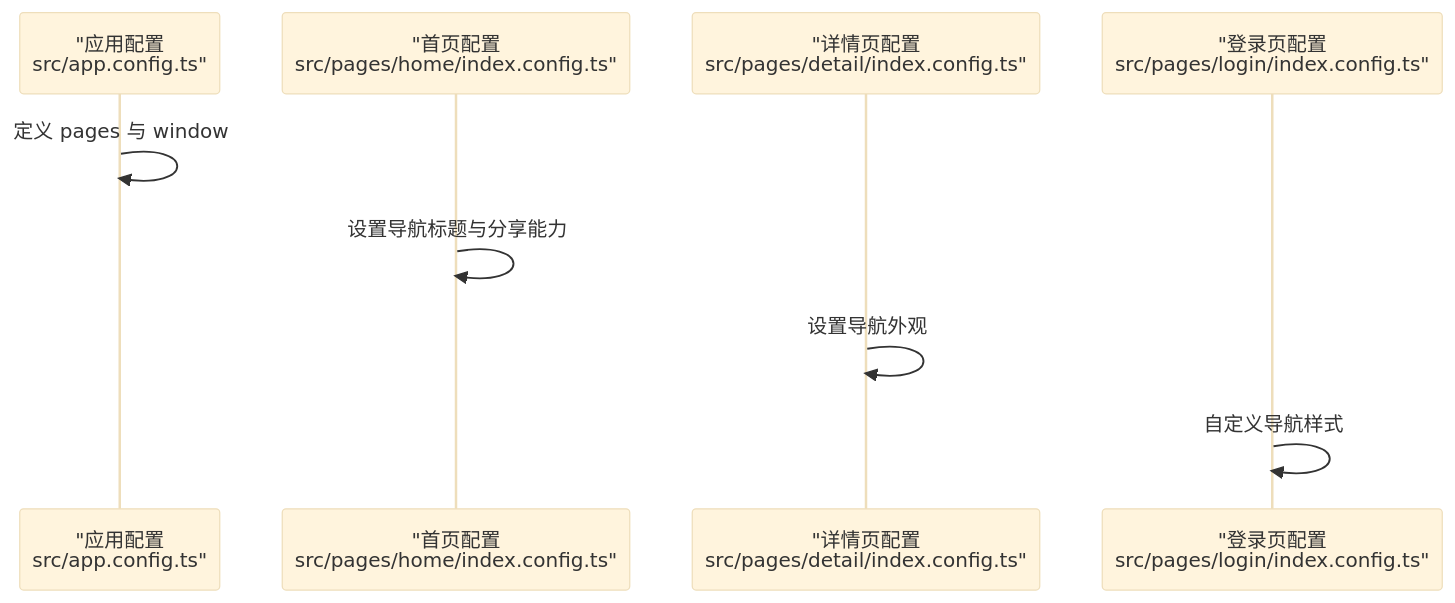
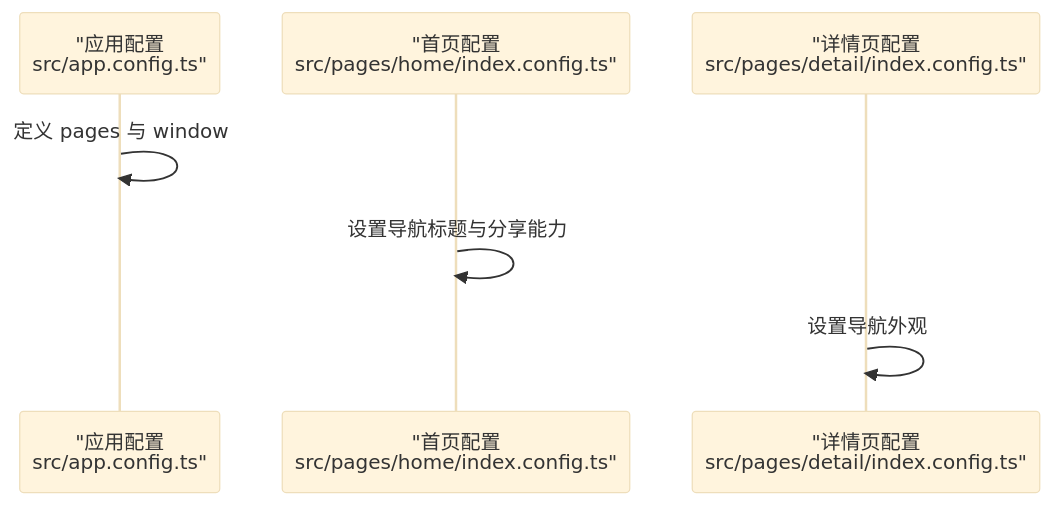
The ninth of 10 diagrams in .qoder/repowiki/zh/content/架构设计/构建配置系统.md (zuolinbao/redbook), drawn with Mermaid (base theme) before and after one commit. The commit also changed other lines of this file and 8 other files, not shown here.

Commit message:
feat: 新增Icon组件，SliderVerify使用SVG图标替代emoji

````diff
--- a/.qoder/repowiki/zh/content/架构设计/构建配置系统.md
+++ b/.qoder/repowiki/zh/content/架构设计/构建配置系统.md
@@ -223,11 +281,9 @@
 ```mermaid
 sequenceDiagram
 participant App as "应用配置<br/>src/app.config.ts"
 participant PageHome as "首页配置<br/>src/pages/home/index.config.ts"
 participant PageDetail as "详情页配置<br/>src/pages/detail/index.config.ts"
-participant PageLogin as "登录页配置<br/>src/pages/login/index.config.ts"
 App->>App : 定义 pages 与 window
 PageHome->>PageHome : 设置导航标题与分享能力
 PageDetail->>PageDetail : 设置导航外观
-PageLogin->>PageLogin : 自定义导航样式
 ```
````
